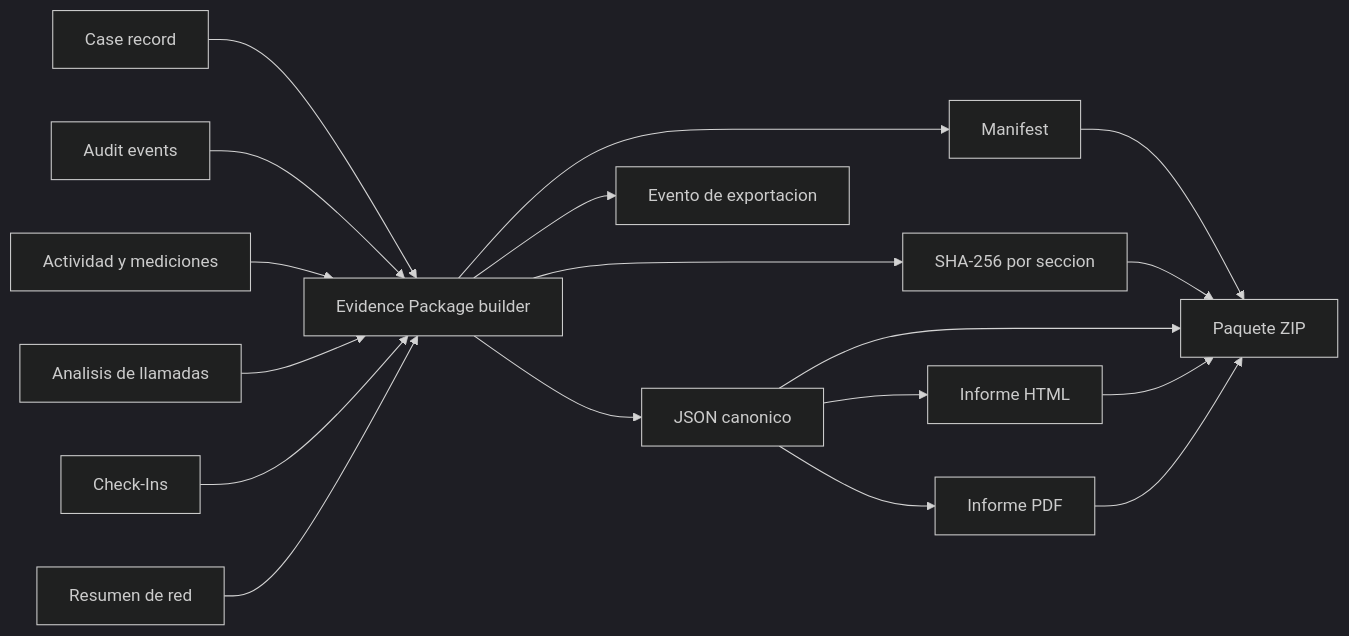
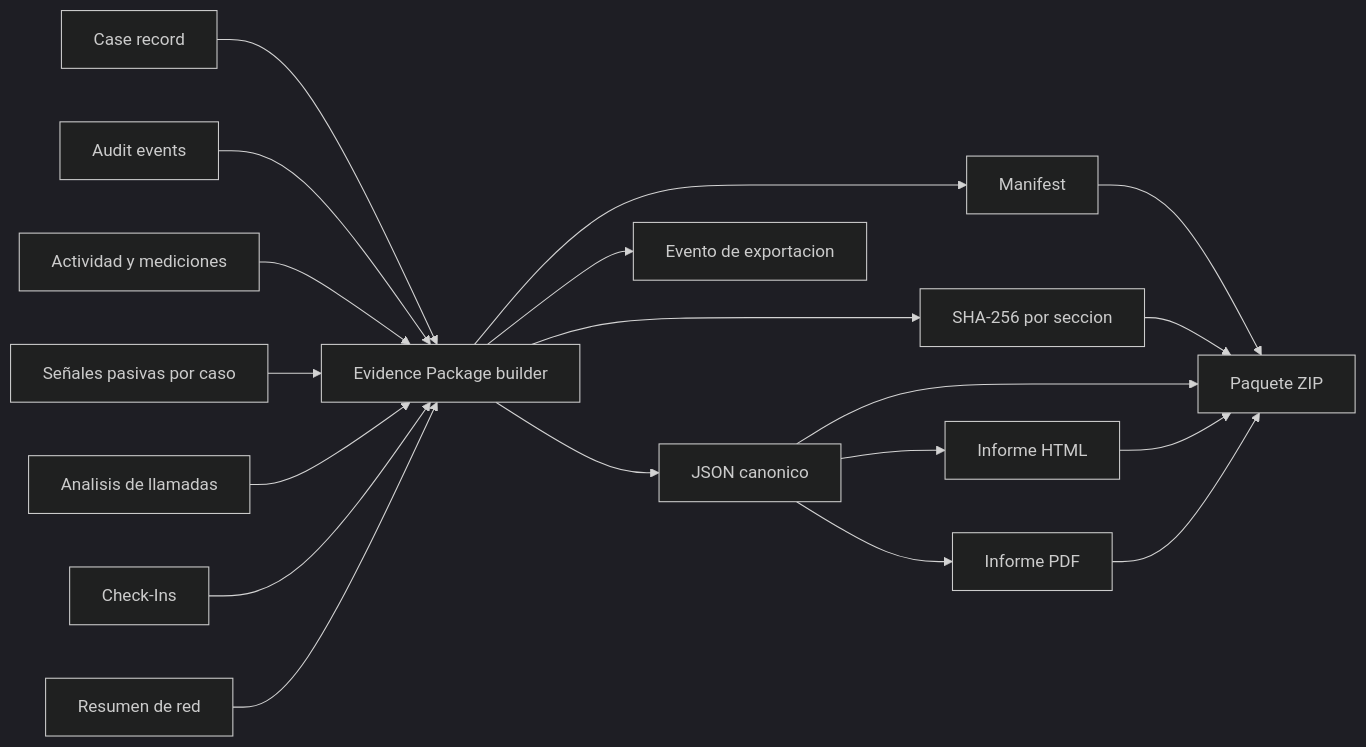
One commit to deco31416/wp-monitor changed the diagram in docs/diagrams/10-evidence-reporting.md. Above: the diagram before and after it, drawn with Mermaid (dark theme). The commit also changed other lines of this file and 21 other files, not shown here.

````diff
--- a/docs/diagrams/10-evidence-reporting.md
+++ b/docs/diagrams/10-evidence-reporting.md
@@ -7,36 +7,38 @@
 ```mermaid
 flowchart LR
     Case[Case record]
     Audit[Audit events]
     Activity[Actividad y mediciones]
+    Passive[Señales pasivas por caso]
     Calls[Analisis de llamadas]
     CheckIns[Check-Ins]
     Network[Resumen de red]
 
     Builder[Evidence Package builder]
     Manifest[Manifest]
     Hashes[SHA-256 por seccion]
     JSON[JSON canonico]
     HTML[Informe HTML]
     PDF[Informe PDF]
     ZIP[Paquete ZIP]
     NewAudit[Evento de exportacion]
 
     Case --> Builder
     Audit --> Builder
     Activity --> Builder
+    Passive --> Builder
     Calls --> Builder
     CheckIns --> Builder
     Network --> Builder
     Builder --> Manifest
     Builder --> Hashes
     Builder --> JSON
     JSON --> HTML
     JSON --> PDF
     Manifest --> ZIP
     Hashes --> ZIP
     JSON --> ZIP
     HTML --> ZIP
     PDF --> ZIP
     Builder --> NewAudit
 ```
````
